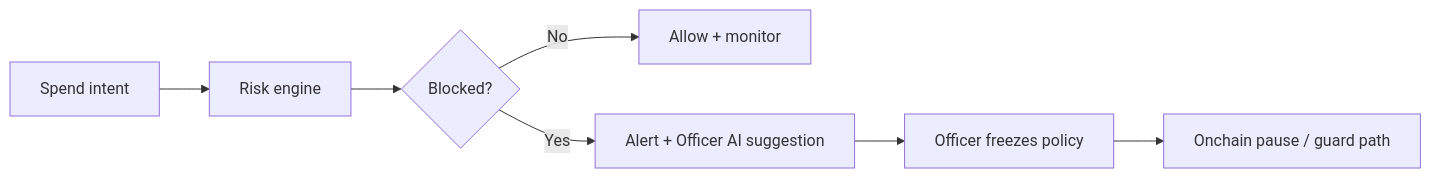
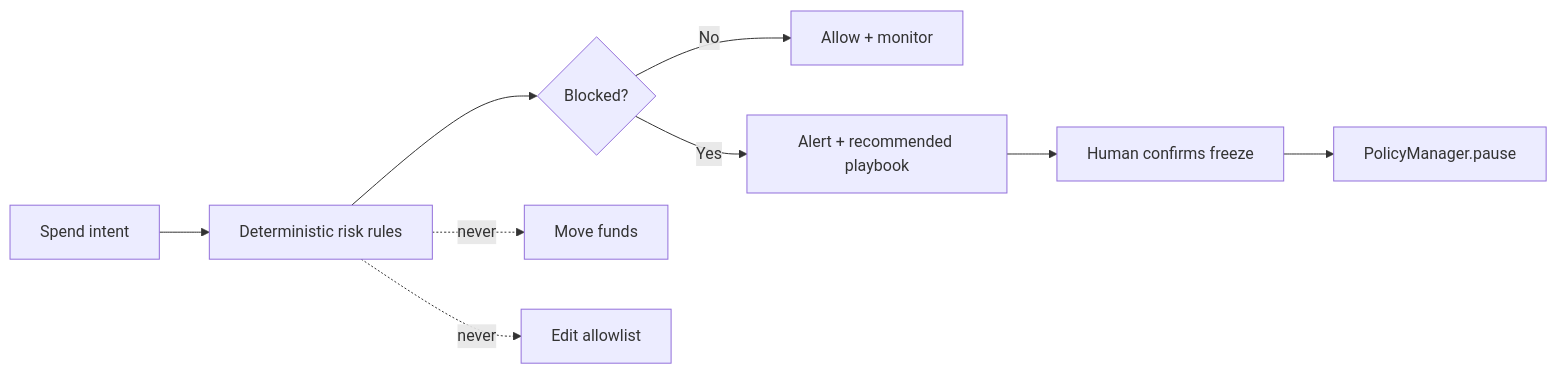
One commit to thesithunyein/arb-guardian changed the diagram in README.md. Above: the diagram before and after it, drawn with Mermaid. The commit also changed other lines of this file and 38 other files, not shown here.

First line of the commit message:
Make the spend policy fail closed and the proof executable.

````diff
--- a/README.md
+++ b/README.md
@@ -51,9 +180,11 @@
 ```mermaid
 flowchart LR
-  A[Spend intent] --> B[Risk engine]
+  A[Spend intent] --> B[Deterministic risk rules]
   B --> C{Blocked?}
   C -->|No| D[Allow + monitor]
-  C -->|Yes| E[Alert + Officer AI suggestion]
-  E --> F[Officer freezes policy]
-  F --> G[Onchain pause / guard path]
+  C -->|Yes| E[Alert + recommended playbook]
+  E --> F[Human confirms freeze]
+  F --> G[PolicyManager.pause]
+  B -.->|never| H[Move funds]
+  B -.->|never| I[Edit allowlist]
 ```
````
